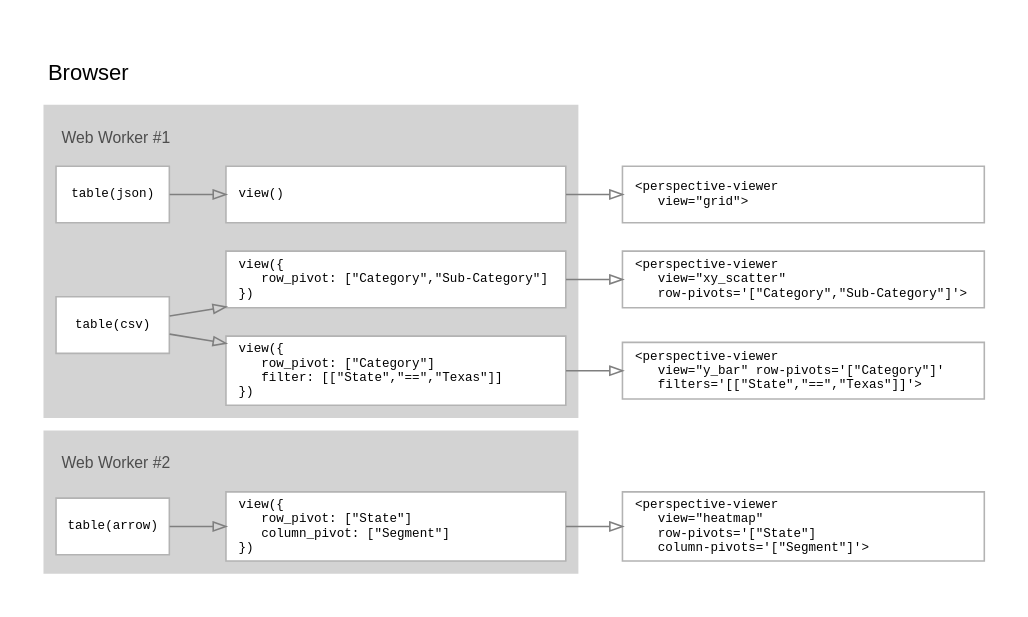
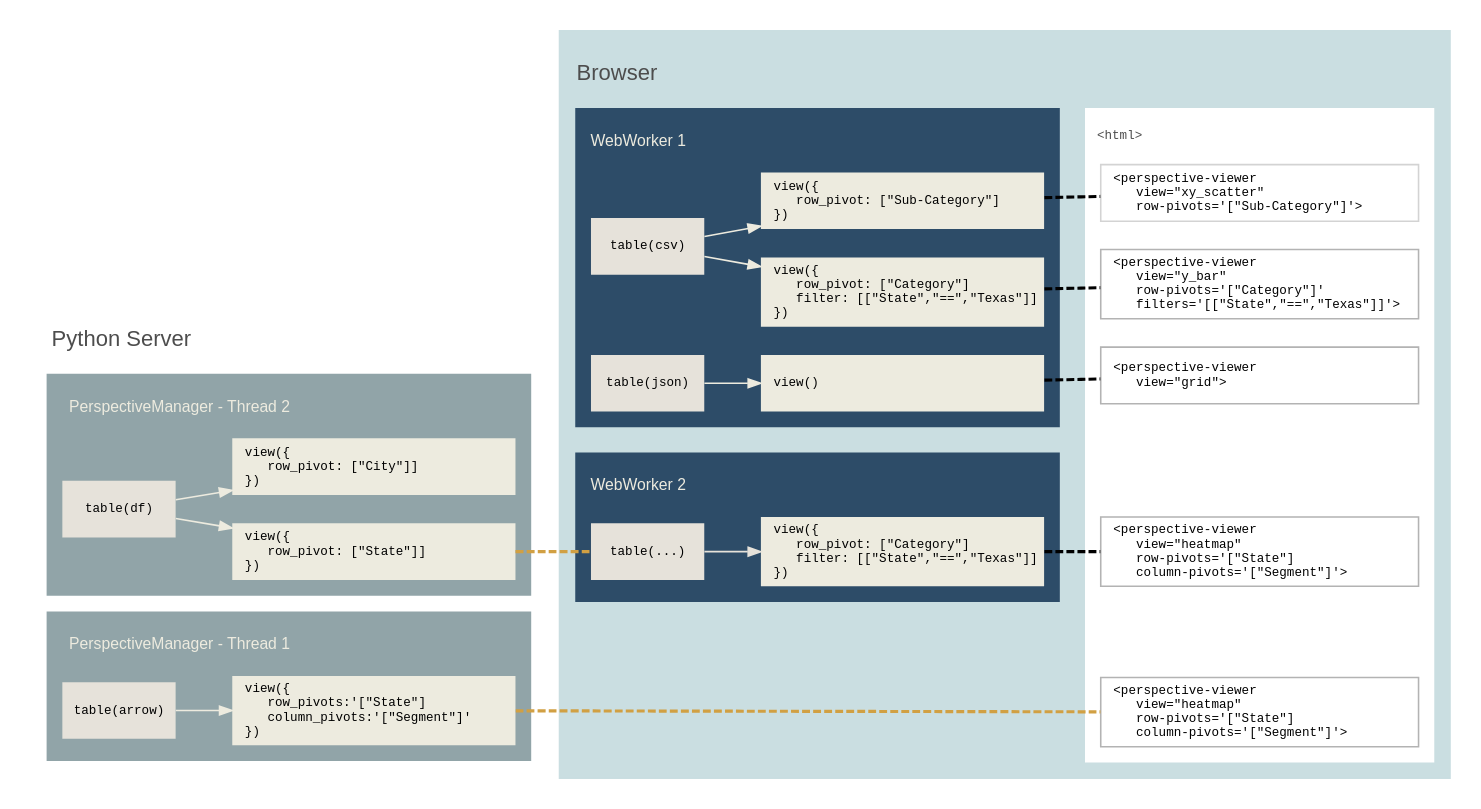
One commit to finos/perspective changed the diagram in docs/static/svg/architecture.dot. Above: the diagram before and after it, drawn with Graphviz. The commit also changed 40 other files, not shown here.

```diff
--- a/docs/static/svg/architecture.dot
+++ b/docs/static/svg/architecture.dot
@@ -1,84 +1,196 @@
 digraph G {
     graph [rankdir="LR" fontname="helvetica" labeljust="l"]
-    subgraph cluster_1 {
-        node [shape="box" fontname="monospace" fontsize=8 color=gray70 style=filled fillcolor=white];
-        edge [arrowhead="oarrow" color=gray50 arrowsize=0.8]
+    node [shape="box" fontname="monospace" fontsize=8 color=gray70 style=filled fillcolor=white];
+    edge [color="#EDEBDF" arrowsize=0.8]
+    subgraph cluster_11 {
+        label="\lPython Server";
+        fontcolor=gray30
+        margin=10
+        color=none
+        subgraph cluster_thread_2 {
+            graph [
+                label="\lPerspectiveManager - Thread 2";
+                style=filled
+                fillcolor="#91A4A8"
+                color=none
+                fontcolor="#EDEBDF"
+                fontsize=10
+                margin=10
+            ]
+            table_thread_2 [
+                label="table(df)"
+                width=1
+                color=none
+                fillcolor="#E6E2DA"
+            ]
+            view_thread_2 [
+                label="view({\l    row_pivot: [\"State\"]]\l})\l"
+                width=2.5
+                color=none
+                fillcolor="#EDEBDF"
+            ]
+            view_thread_2_2 [
+                label="view({\l    row_pivot: [\"City\"]]\l})\l"
+                width=2.5
+                color=none
+                fillcolor="#EDEBDF"
+            ]
+            table_thread_2 -> view_thread_2_2;
+            table_thread_2 -> view_thread_2;
+        }
+        subgraph cluster_thread_1 {
+            graph [
+                label="\lPerspectiveManager - Thread 1";
+                style=filled
+                fillcolor="#91A4A8"
+                color=none
+                fontcolor="#EDEBDF"
+                fontsize=10
+                margin=10
+            ]
+            table_thread_1 [
+                label="table(arrow)"
+                width=1
+                color=none
+                fillcolor="#E6E2DA"
+            ]
+            view_thread_1 [
+                label="view({\l    row_pivots:'[\"State\"]\l    column_pivots:'[\"Segment\"]'\l})\l"
+                width=2.5
+                color=none
+                fillcolor="#EDEBDF"
+            ]
+            table_thread_1 -> view_thread_1;
+        }
+    }
+    subgraph cluster_browser {
+        graph [
+            label="\lBrowser";
+            color="#CADEE1";
+            margin=10
+            style=filled;
+            fontcolor=gray30
+        ]
         subgraph cluster_2 {
             graph [
-                label="\lWeb Worker #1";
+                label="\lWebWorker 1";
                 style=filled
-                fillcolor=lightgrey
+                margin=10
+                fillcolor="#2D4C68"
                 color=none
-                fontcolor=gray30
+                fontcolor="#EDEBDF"
                 fontsize=10
             ]
             table1 [
                 label="table(csv)"
                 width=1
+                color=none
+                fillcolor="#E6E2DA"
             ]
-            table2 [
+            table_remote_view [
                 label="table(json)"
                 width=1
+                color=none
+                fillcolor="#E6E2DA"
             ]
             view1 [
                 label="view({\l    row_pivot: [\"Category\"]\l    filter: [[\"State\",\"==\",\"Texas\"]]\l})\l"
-                width=3
+                width=2.5
+                color=none
+                fillcolor="#EDEBDF"
             ]
             view2 [
-                label="view({\l    row_pivot: [\"Category\",\"Sub-Category\"]\l})\l"
-                width=3
+                label="view({\l    row_pivot: [\"Sub-Category\"]\l})\l"
+                width=2.5
+                color=none
+                fillcolor="#EDEBDF"
             ]
             view3 [
                 label="view()\l"
-                width=3
+                width=2.5
+                color=none
+                fillcolor="#EDEBDF"
             ]
             table1 -> {view1 view2};
-            table2 -> view3;
+            table_remote_view -> view3;
         }
-        subgraph cluster_3 {
+        
+        subgraph cluster_webworker2 {
             graph [
-                label="\lWeb Worker #2";
+                label="\lWebWorker 2";
                 style=filled
-                fillcolor=lightgrey
+                margin=10
+                fillcolor="#2D4C68"
                 color=none
+                fontcolor="#EDEBDF"
+                fontsize=10
+            ]
+            table12 [
+                label="table(...)"
+                width=1
+                color=none
+                fillcolor="#E6E2DA"
+            ]
+
+            view12 [
+                label="view({\l    row_pivot: [\"Category\"]\l    filter: [[\"State\",\"==\",\"Texas\"]]\l})\l"
+                width=2.5
+                color=none
+                fillcolor="#EDEBDF"
+            ]
+
+            table12 -> {view12}  [color="#E6E2DA"];
+        }
+
+        view_thread_2  -> table12 [penwidth=2 style=dashed arrowhead=none color="#D1A043"];
+
+        view1 -> viewer1 [penwidth=2 style=dashed arrowhead=none color="#666"];
+        view2 -> viewer2 [penwidth=2 style=dashed arrowhead=none color="#666"];
+        view3 -> viewer3 [penwidth=2 style=dashed arrowhead=none color="#666"];
+
+        subgraph cluster_41 {
+           graph [
+                label="\l<html>";
+                color=none
+                fillcolor=white
                 fontcolor=gray30
                 fontsize=10
+                fontname="monospace" fontsize=8 color=none 
+
             ]
-            table3 [
-                label="table(arrow)"
-                width=1
+            viewer1 [
+                label = "<perspective-viewer\l    view=\"y_bar\"\l    row-pivots='[\"Category\"]'\l    filters='[[\"State\",\"==\",\"Texas\"]]'>\l"
+                width=2.8
+            ];
+            viewer2 [
+                label = "<perspective-viewer\l    view=\"xy_scatter\"\l    row-pivots='[\"Sub-Category\"]'>\l"
+                width=2.8
+                color=lightgrey
+            ];
+            viewer3 [
+                label = "<perspective-viewer\l    view=\"grid\">\l"
+                width=2.8
+            ];
+            viewerN [
+                style=invis
             ]
-            view4 [
-                label="view({\l    row_pivot: [\"State\"]\l    column_pivot: [\"Segment\"]\l})\l"
-                width=3
+            
+            viewer5 [
+                label = "<perspective-viewer\l    view=\"heatmap\"\l    row-pivots='[\"State\"]\l    column-pivots='[\"Segment\"]'>\l"
+                width=2.8
+            ];
+            viewerZ [
+                style=invis
+                height=0.3
             ]
-            table3 -> view4;
+            viewer4 [
+                label = "<perspective-viewer\l    view=\"heatmap\"\l    row-pivots='[\"State\"]\l    column-pivots='[\"Segment\"]'>\l"
+                width=2.8
+            ];
+            view_thread_1 -> viewer4 [penwidth=2 style=dashed arrowhead=none color="#D1A043" constraint=false];
+            view12 -> viewer5 [penwidth=2 style=dashed arrowhead=none color="#666"];
         }
-        subgraph cluster_4 {
-            label = "Main";
-        }
-        view1 -> viewer1;
-        view2 -> viewer2;
-        view3 -> viewer3;
-        view4 -> viewer4;
-
-        viewer1 [
-            label = "<perspective-viewer\l    view=\"y_bar\" row-pivots='[\"Category\"]'\l    filters='[[\"State\",\"==\",\"Texas\"]]'>\l"
-            width=3.2
-        ];
-        viewer2 [
-            label = "<perspective-viewer\l    view=\"xy_scatter\"\l    row-pivots='[\"Category\",\"Sub-Category\"]'>\l"
-            width=3.2
-        ];
-        viewer3 [
-            label = "<perspective-viewer\l    view=\"grid\">\l"
-            width=3.2
-        ];
-        viewer4 [
-            label = "<perspective-viewer\l    view=\"heatmap\"\l    row-pivots='[\"State\"]\l    column-pivots='[\"Segment\"]'>\l"
-            width=3.2
-        ];
-        label="\lBrowser";
-        color=none
+      
+        
     }	
 }
```
